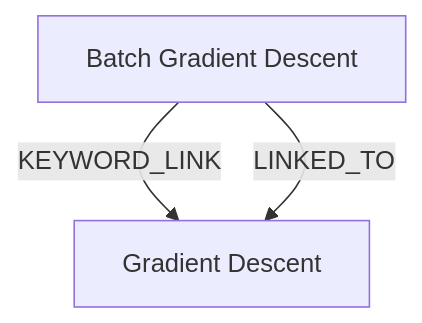
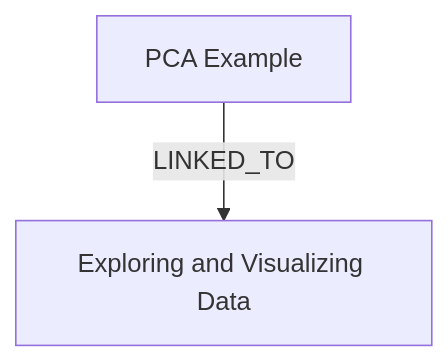
One commit to ankit-sengupta05/cyborg changed the diagram in AI_OS/Ontology/Ontology_Optimization.md. Above: the diagram before and after it, drawn with Mermaid. The commit also changed other lines of this file and 35 other files, not shown here.

````diff
--- a/AI_OS/Ontology/Ontology_Optimization.md
+++ b/AI_OS/Ontology/Ontology_Optimization.md
@@ -26,7 +26,6 @@
 ```mermaid
 graph TD
-    n0["Batch Gradient Descent"]
-    n1["Gradient Descent"]
-    n0 -->|KEYWORD_LINK| n1
-    n0 -->|LINKED_TO| n1
+    n0["Exploring and Visualizing Data"]
+    n1["PCA Example"]
+    n1 -->|LINKED_TO| n0
 ```
````
